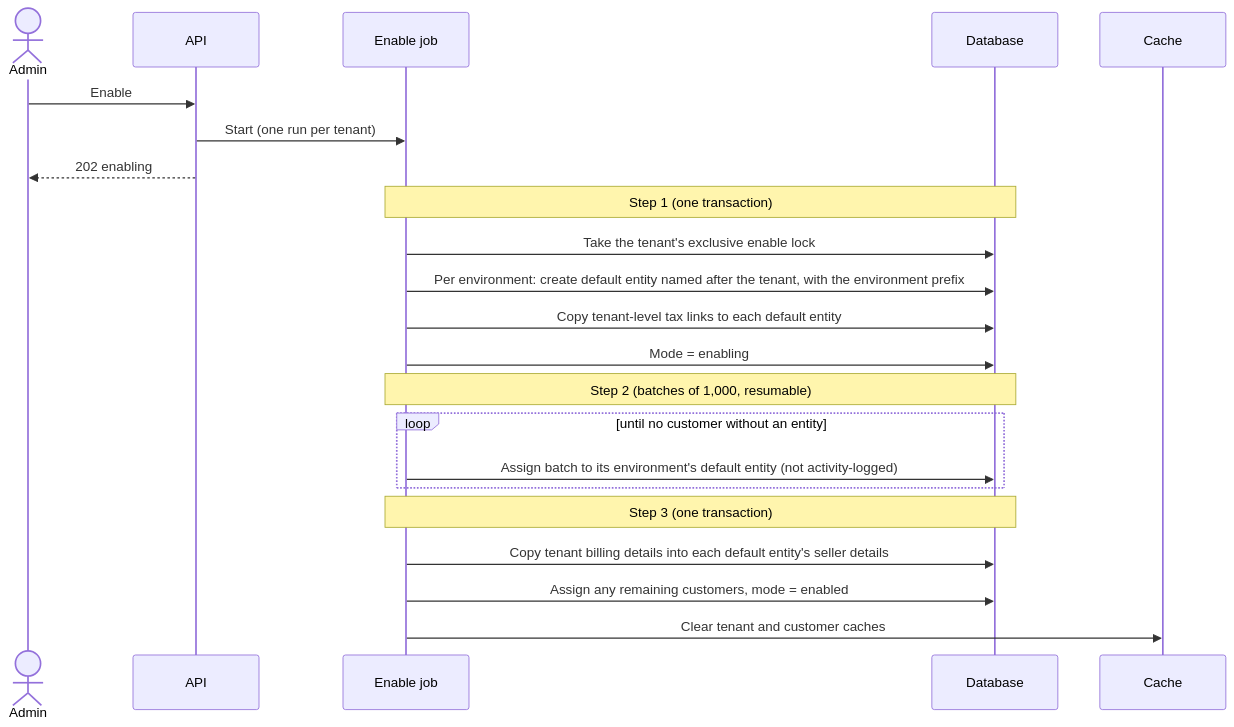
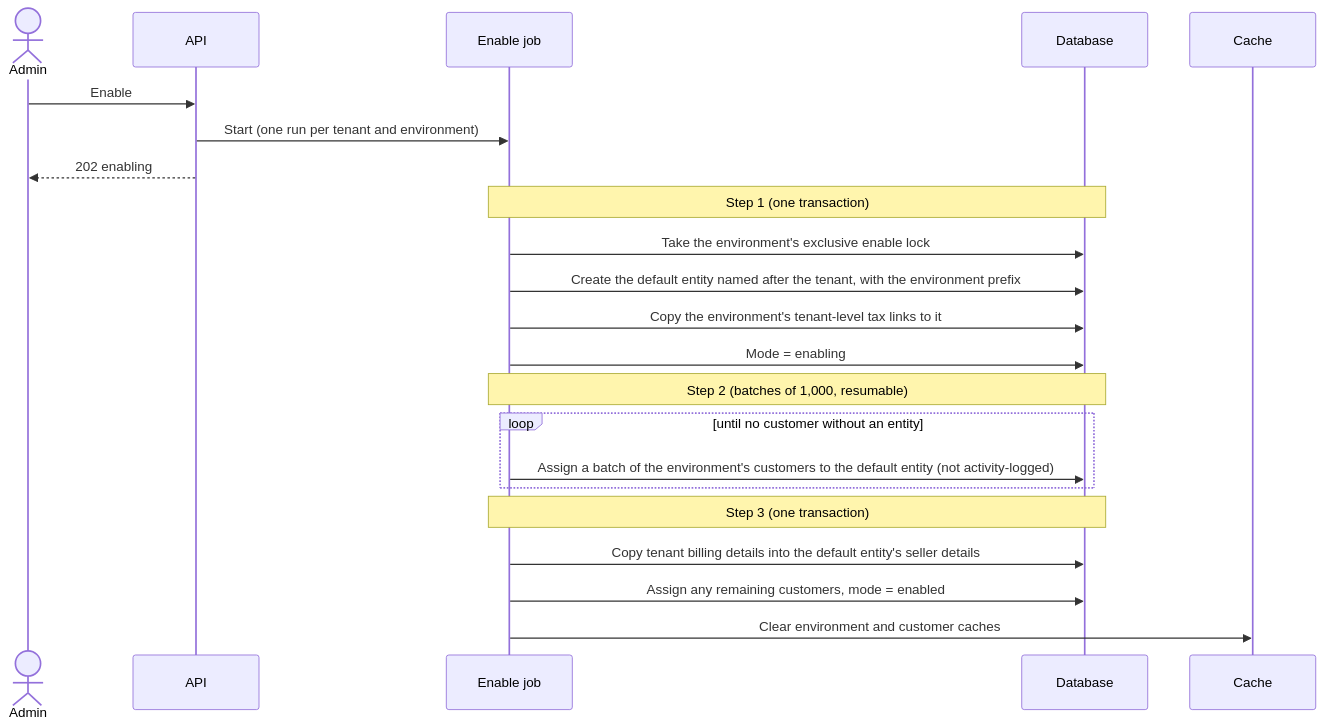
Before and after one commit to flexprice/flexprice: the fourth of 7 diagrams in docs/design/2026-10-27-billing-entities-p1-erd.md, drawn with Mermaid. The commit also changed other lines of this file and 61 other files, not shown here.

First line of the commit message:
feat(billing-entities): set billing entity mode per environment

````diff
--- a/docs/design/2026-10-27-billing-entities-p1-erd.md
+++ b/docs/design/2026-10-27-billing-entities-p1-erd.md
@@ -379,24 +381,24 @@
 ```mermaid
 sequenceDiagram
   actor Admin
   participant API
   participant Job as Enable job
   participant DB as Database
   participant Cache
   Admin->>API: Enable
-  API->>Job: Start (one run per tenant)
+  API->>Job: Start (one run per tenant and environment)
   API-->>Admin: 202 enabling
   Note over Job,DB: Step 1 (one transaction)
-  Job->>DB: Take the tenant's exclusive enable lock
-  Job->>DB: Per environment: create default entity named after the tenant, with the environment prefix
-  Job->>DB: Copy tenant-level tax links to each default entity
+  Job->>DB: Take the environment's exclusive enable lock
+  Job->>DB: Create the default entity named after the tenant, with the environment prefix
+  Job->>DB: Copy the environment's tenant-level tax links to it
   Job->>DB: Mode = enabling
   Note over Job,DB: Step 2 (batches of 1,000, resumable)
   loop until no customer without an entity
-    Job->>DB: Assign batch to its environment's default entity (not activity-logged)
+    Job->>DB: Assign a batch of the environment's customers to the default entity (not activity-logged)
   end
   Note over Job,DB: Step 3 (one transaction)
-  Job->>DB: Copy tenant billing details into each default entity's seller details
+  Job->>DB: Copy tenant billing details into the default entity's seller details
   Job->>DB: Assign any remaining customers, mode = enabled
-  Job->>Cache: Clear tenant and customer caches
+  Job->>Cache: Clear environment and customer caches
 ```
````
